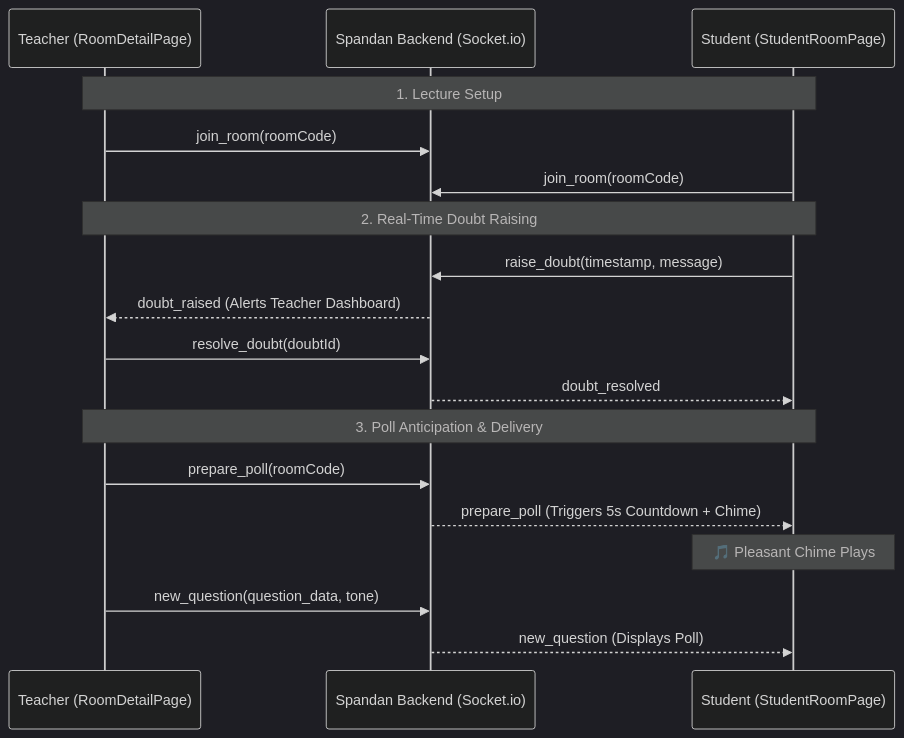
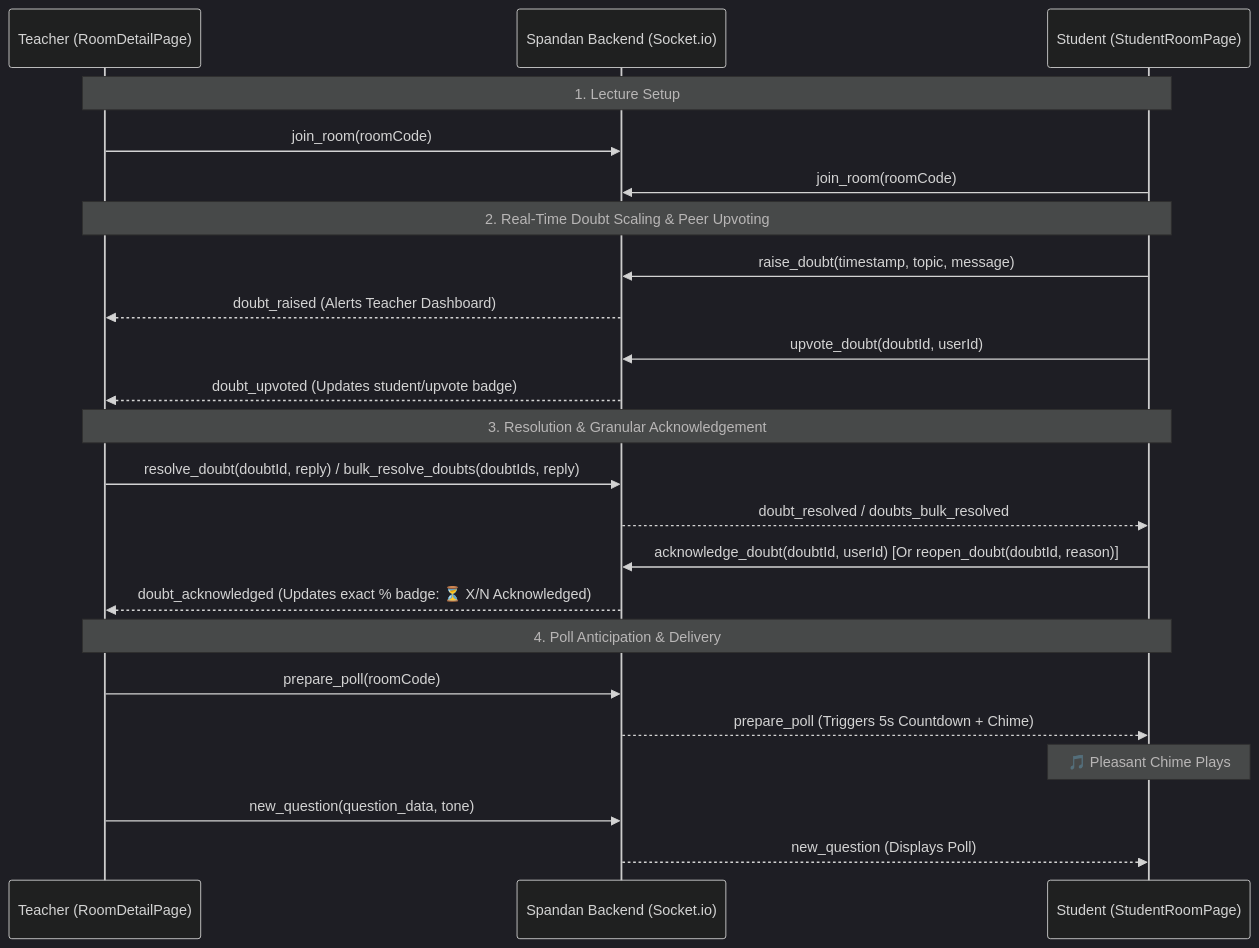
The diagram in CONTEXT.md (surajmadhav/spandan), drawn with Mermaid (dark theme) before and after one commit. The commit also changed other lines of this file and 1 other file, not shown here.

Commit message:
docs: update CONTEXT.md and IDEAS.md with advanced doubt scaling and exact percentage tracking architecture

````diff
--- a/CONTEXT.md
+++ b/CONTEXT.md
@@ -11,23 +11,29 @@
 ```mermaid
 sequenceDiagram
     participant Teacher as Teacher (RoomDetailPage)
     participant Server as Spandan Backend (Socket.io)
     participant Student as Student (StudentRoomPage)
     
     Note over Teacher,Student: 1. Lecture Setup
     Teacher->>Server: join_room(roomCode)
     Student->>Server: join_room(roomCode)
     
-    Note over Teacher,Student: 2. Real-Time Doubt Raising
-    Student->>Server: raise_doubt(timestamp, message)
+    Note over Teacher,Student: 2. Real-Time Doubt Scaling & Peer Upvoting
+    Student->>Server: raise_doubt(timestamp, topic, message)
     Server-->>Teacher: doubt_raised (Alerts Teacher Dashboard)
-    Teacher->>Server: resolve_doubt(doubtId)
-    Server-->>Student: doubt_resolved
+    Student->>Server: upvote_doubt(doubtId, userId)
+    Server-->>Teacher: doubt_upvoted (Updates student/upvote badge)
     
-    Note over Teacher,Student: 3. Poll Anticipation & Delivery
+    Note over Teacher,Student: 3. Resolution & Granular Acknowledgement
+    Teacher->>Server: resolve_doubt(doubtId, reply) / bulk_resolve_doubts(doubtIds, reply)
+    Server-->>Student: doubt_resolved / doubts_bulk_resolved
+    Student->>Server: acknowledge_doubt(doubtId, userId) [Or reopen_doubt(doubtId, reason)]
+    Server-->>Teacher: doubt_acknowledged (Updates exact % badge: ⏳ X/N Acknowledged)
+    
+    Note over Teacher,Student: 4. Poll Anticipation & Delivery
     Teacher->>Server: prepare_poll(roomCode)
     Server-->>Student: prepare_poll (Triggers 5s Countdown + Chime)
     Note over Student: 🎵 Pleasant Chime Plays
     Teacher->>Server: new_question(question_data, tone)
     Server-->>Student: new_question (Displays Poll)
 ```
````
